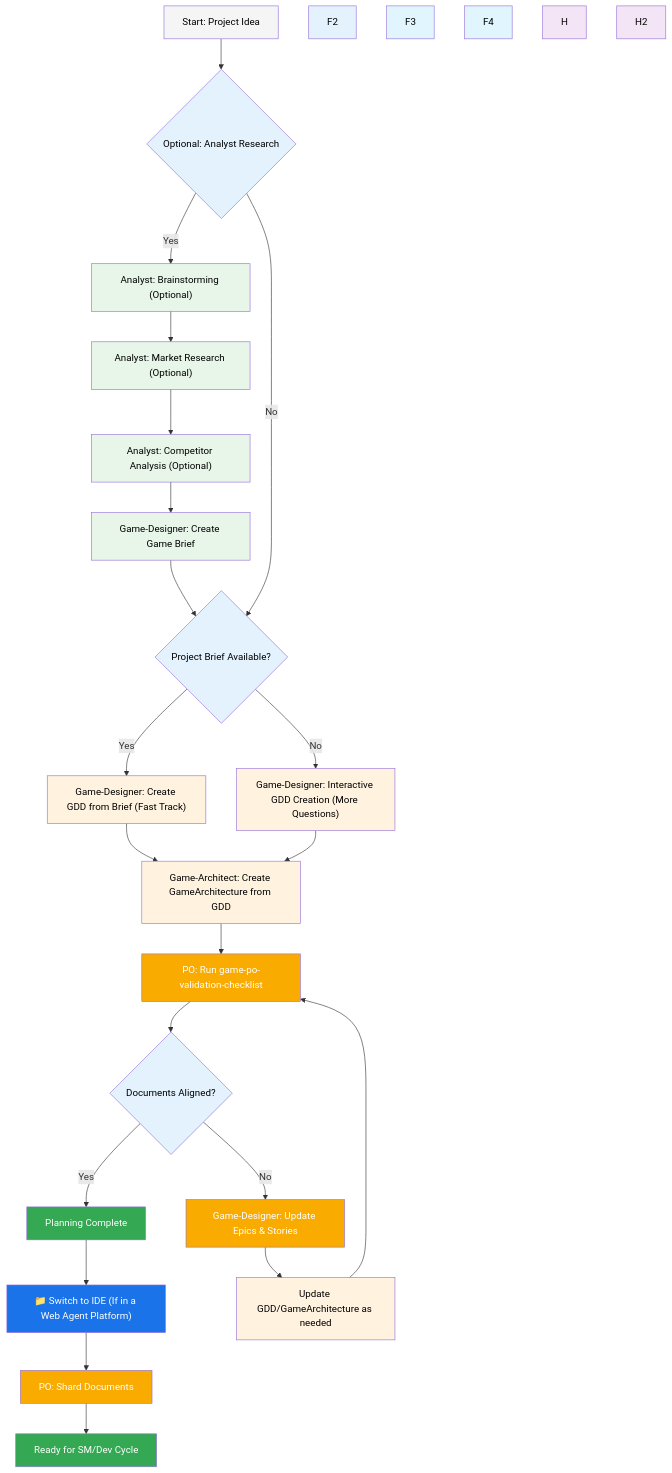
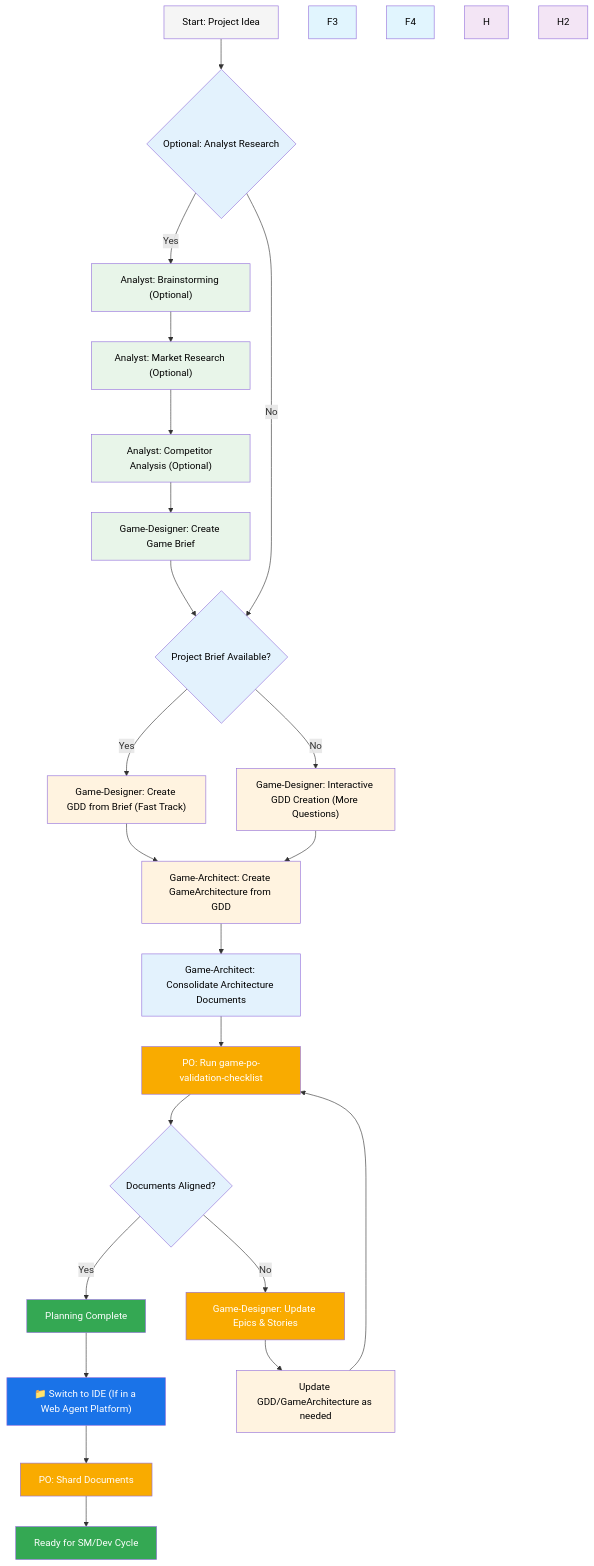
The first of 2 diagrams in expansion-packs/bmad-unity-game-dev/README.md (pbean/BMAD-METHOD), drawn with Mermaid before and after one commit. The commit also changed other lines of this file and 17 other files, not shown here.

````diff
--- a/expansion-packs/bmad-unity-game-dev/README.md
+++ b/expansion-packs/bmad-unity-game-dev/README.md
@@ -14,47 +14,48 @@
 ```mermaid
 graph TD
     A["Start: Project Idea"] --> B{"Optional: Analyst Research"}
     B -->|Yes| C["Analyst: Brainstorming (Optional)"]
     B -->|No| G{"Project Brief Available?"}
     C --> C2["Analyst: Market Research (Optional)"]
     C2 --> C3["Analyst: Competitor Analysis (Optional)"]
     C3 --> D["Game-Designer: Create Game Brief"]
     D --> G
     G -->|Yes| E["Game-Designer: Create GDD from Brief (Fast Track)"]
     G -->|No| E2["Game-Designer: Interactive GDD Creation (More Questions)"]
     E --> F["GDD Created with FRs, NFRs, Epics & Stories"]
     E2 --> F
-    F["Game-Architect: Create GameArchitecture from GDD"] --> I["PO: Run game-po-validation-checklist"]
+    F["Game-Architect: Create GameArchitecture from GDD"] --> F2["Game-Architect: Consolidate Architecture Documents"]
+    F2 --> I["PO: Run game-po-validation-checklist"]
     I --> J{"Documents Aligned?"}
     J -->|Yes| K["Planning Complete"]
     J -->|No| L["Game-Designer: Update Epics & Stories"]
     L --> M["Update GDD/GameArchitecture as needed"]
     M --> I
     K --> N["📁 Switch to IDE (If in a Web Agent Platform)"]
     N --> O["PO: Shard Documents"]
     O --> P["Ready for SM/Dev Cycle"]
 
     style A fill:#f5f5f5,color:#000
     style B fill:#e3f2fd,color:#000
     style C fill:#e8f5e9,color:#000
     style C2 fill:#e8f5e9,color:#000
     style C3 fill:#e8f5e9,color:#000
     style D fill:#e8f5e9,color:#000
     style E fill:#fff3e0,color:#000
     style E2 fill:#fff3e0,color:#000
     style F fill:#fff3e0,color:#000
     style F2 fill:#e3f2fd,color:#000
     style F3 fill:#e1f5fe,color:#000
     style F4 fill:#e1f5fe,color:#000
     style G fill:#e3f2fd,color:#000
     style H fill:#f3e5f5,color:#000
     style H2 fill:#f3e5f5,color:#000
     style I fill:#f9ab00,color:#fff
     style J fill:#e3f2fd,color:#000
     style K fill:#34a853,color:#fff
     style L fill:#f9ab00,color:#fff
     style M fill:#fff3e0,color:#000
     style N fill:#1a73e8,color:#fff
     style O fill:#f9ab00,color:#fff
     style P fill:#34a853,color:#fff
 ```
````
